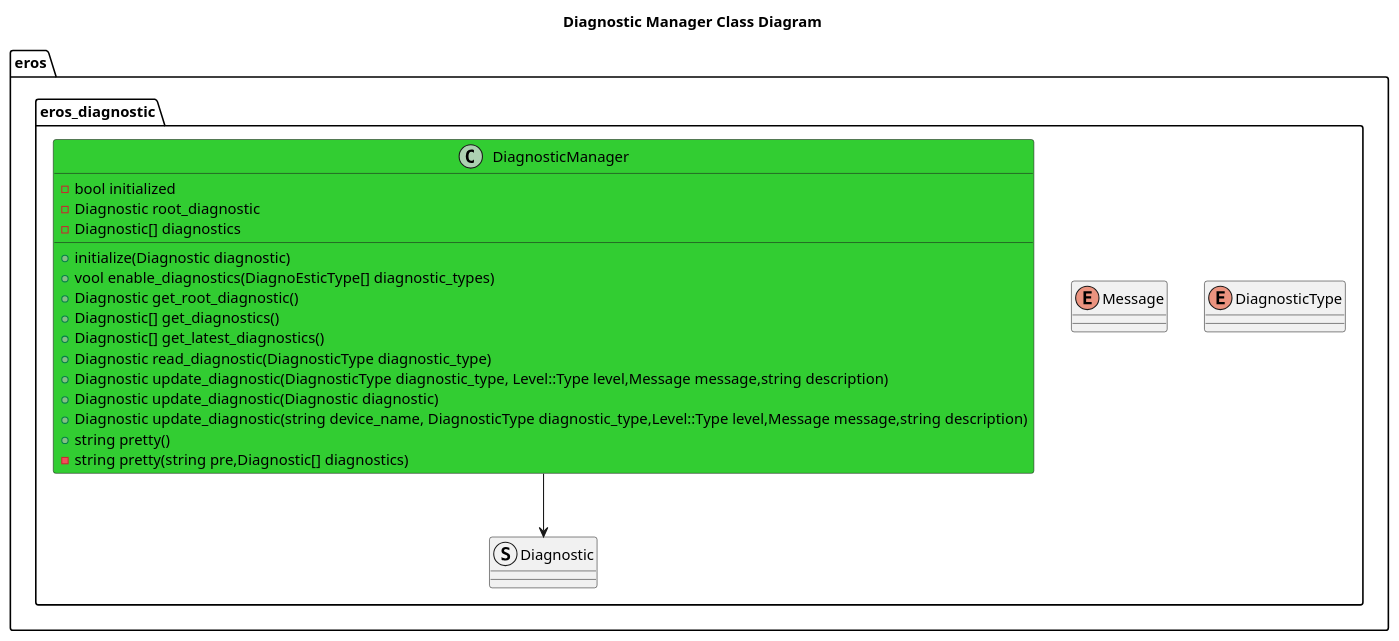
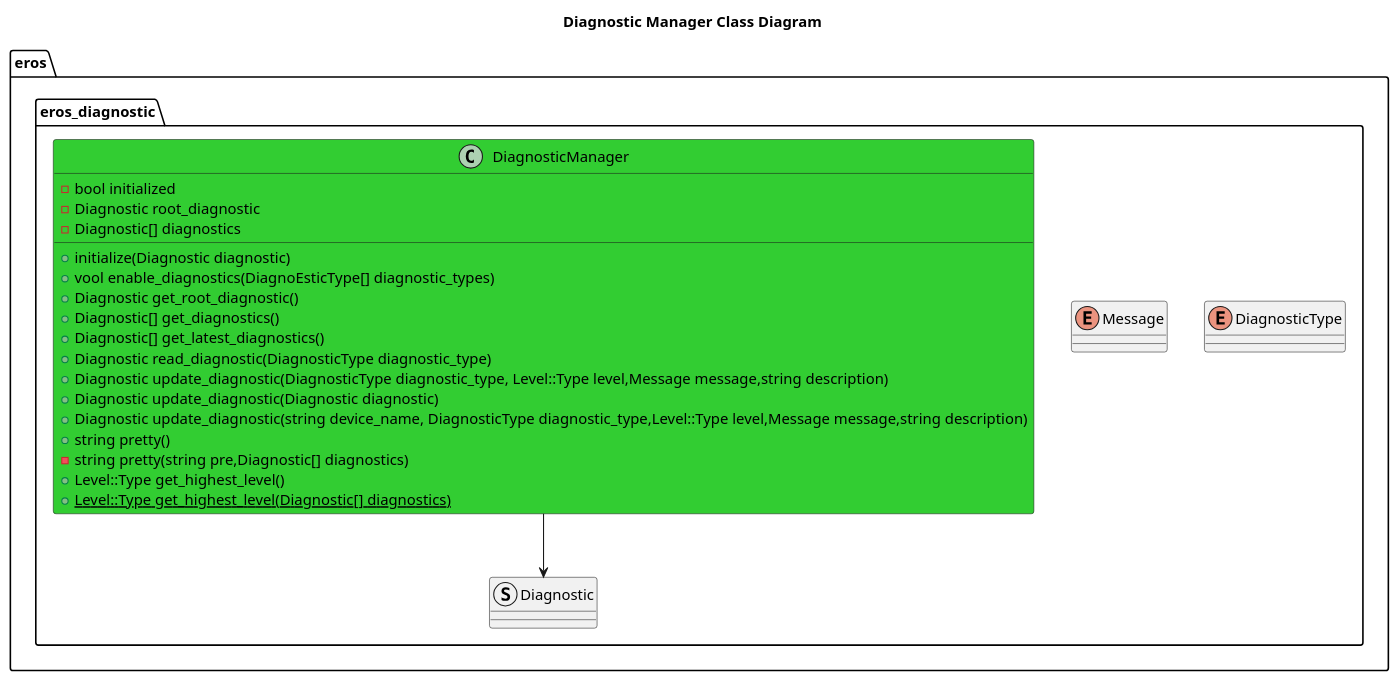
One commit to fastrobotics/eros changed the diagram in include/eros_diagnostic/doc/DiagnosticManagerClassDiagram.puml. Above: the diagram before and after it, drawn with PlantUML. The commit also changed 1 other file, not shown here.

```diff
--- a/include/eros_diagnostic/doc/DiagnosticManagerClassDiagram.puml
+++ b/include/eros_diagnostic/doc/DiagnosticManagerClassDiagram.puml
@@ -1,29 +1,31 @@
 @startuml
 title Diagnostic Manager Class Diagram
 
 package eros {
 namespace eros_diagnostic {
     enum DiagnosticType
     enum Message
     struct Diagnostic 
     class DiagnosticManager #LimeGreen {
         +initialize(Diagnostic diagnostic)
         +vool enable_diagnostics(DiagnoEsticType[] diagnostic_types)
         +Diagnostic get_root_diagnostic()
         +Diagnostic[] get_diagnostics()
         +Diagnostic[] get_latest_diagnostics()
         +Diagnostic read_diagnostic(DiagnosticType diagnostic_type)
         +Diagnostic update_diagnostic(DiagnosticType diagnostic_type, Level::Type level,Message message,string description)
         +Diagnostic update_diagnostic(Diagnostic diagnostic)
         +Diagnostic update_diagnostic(string device_name, DiagnosticType diagnostic_type,Level::Type level,Message message,string description)
         +string pretty()
         -string pretty(string pre,Diagnostic[] diagnostics)
         -bool initialized
+        +Level::Type get_highest_level()
+        +{static} Level::Type get_highest_level(Diagnostic[] diagnostics)
         -Diagnostic root_diagnostic
         -Diagnostic[] diagnostics
 
     }
     DiagnosticManager --> Diagnostic
 }
 }
 @enduml
```
